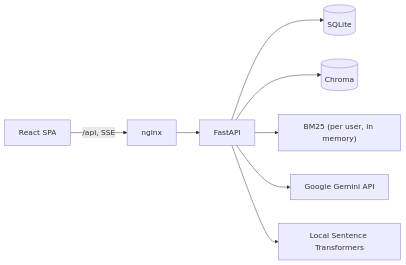
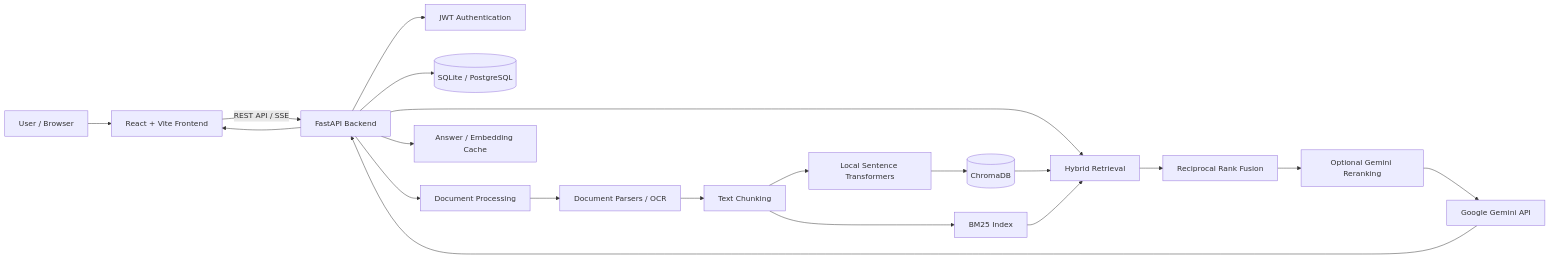
The diagram in README.md (uzaam07/DocuMind-RAG-Q-A-Chatbot), drawn with Mermaid before and after one commit. The commit also changed other lines of this file, not shown here.

````diff
--- a/README.md
+++ b/README.md
@@ -37,10 +191,26 @@
 ```mermaid
 flowchart LR
-    Browser["React SPA"] -->|"/api, SSE"| Nginx["nginx"]
-    Nginx --> API["FastAPI"]
-    API --> SQLite[("SQLite")]
-    API --> Chroma[("Chroma")]
-    API --> BM25["BM25 (per user, in memory)"]
-    API --> Gemini["Google Gemini API"]
-    API --> Embeddings["Local Sentence Transformers"]
+    User["User / Browser"] --> Frontend["React + Vite Frontend"]
+    Frontend -->|REST API / SSE| API["FastAPI Backend"]
+
+    API --> Auth["JWT Authentication"]
+    API --> DB[("SQLite / PostgreSQL")]
+    API --> Upload["Document Processing"]
+
+    Upload --> Parser["Document Parsers / OCR"]
+    Parser --> Chunk["Text Chunking"]
+    Chunk --> Embed["Local Sentence Transformers"]
+    Embed --> Chroma[("ChromaDB")]
+    Chunk --> BM25["BM25 Index"]
+
+    API --> Retrieval["Hybrid Retrieval"]
+    Chroma --> Retrieval
+    BM25 --> Retrieval
+    Retrieval --> RRF["Reciprocal Rank Fusion"]
+    RRF --> Rerank["Optional Gemini Reranking"]
+    Rerank --> Gemini["Google Gemini API"]
+    Gemini --> API
+
+    API --> Cache["Answer / Embedding Cache"]
+    API --> Frontend
 ```
````
